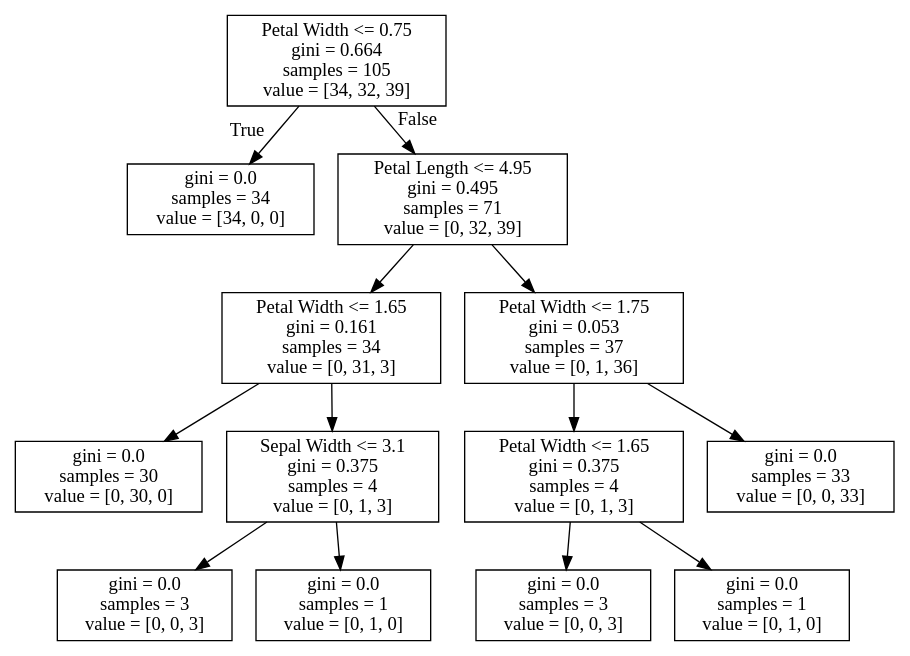
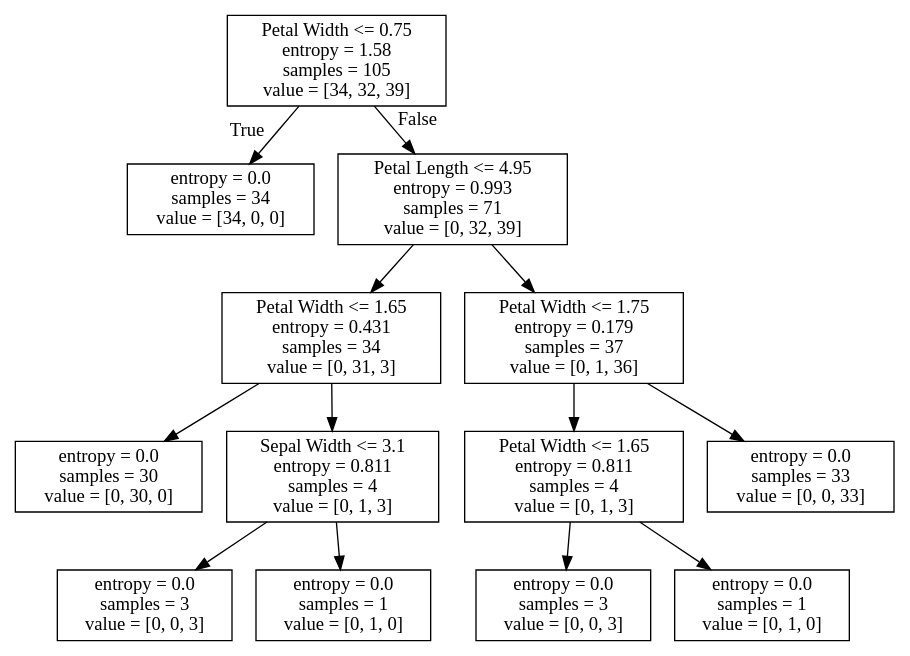
One commit to heeseungp/ccnyMachineLearning changed the diagram in wk7/entropy.dot. Above: the diagram before and after it, drawn with Graphviz. The commit also changed 1 other file, not shown here.

```diff
--- a/wk7/entropy.dot
+++ b/wk7/entropy.dot
@@ -1,28 +1,28 @@
 digraph Tree {
 node [shape=box] ;
-0 [label="Petal Width <= 0.75\ngini = 0.664\nsamples = 105\nvalue = [34, 32, 39]"] ;
-1 [label="gini = 0.0\nsamples = 34\nvalue = [34, 0, 0]"] ;
+0 [label="Petal Width <= 0.75\nentropy = 1.58\nsamples = 105\nvalue = [34, 32, 39]"] ;
+1 [label="entropy = 0.0\nsamples = 34\nvalue = [34, 0, 0]"] ;
 0 -> 1 [labeldistance=2.5, labelangle=45, headlabel="True"] ;
-2 [label="Petal Length <= 4.95\ngini = 0.495\nsamples = 71\nvalue = [0, 32, 39]"] ;
+2 [label="Petal Length <= 4.95\nentropy = 0.993\nsamples = 71\nvalue = [0, 32, 39]"] ;
 0 -> 2 [labeldistance=2.5, labelangle=-45, headlabel="False"] ;
-3 [label="Petal Width <= 1.65\ngini = 0.161\nsamples = 34\nvalue = [0, 31, 3]"] ;
+3 [label="Petal Width <= 1.65\nentropy = 0.431\nsamples = 34\nvalue = [0, 31, 3]"] ;
 2 -> 3 ;
-4 [label="gini = 0.0\nsamples = 30\nvalue = [0, 30, 0]"] ;
+4 [label="entropy = 0.0\nsamples = 30\nvalue = [0, 30, 0]"] ;
 3 -> 4 ;
-5 [label="Sepal Width <= 3.1\ngini = 0.375\nsamples = 4\nvalue = [0, 1, 3]"] ;
+5 [label="Sepal Width <= 3.1\nentropy = 0.811\nsamples = 4\nvalue = [0, 1, 3]"] ;
 3 -> 5 ;
-6 [label="gini = 0.0\nsamples = 3\nvalue = [0, 0, 3]"] ;
+6 [label="entropy = 0.0\nsamples = 3\nvalue = [0, 0, 3]"] ;
 5 -> 6 ;
-7 [label="gini = 0.0\nsamples = 1\nvalue = [0, 1, 0]"] ;
+7 [label="entropy = 0.0\nsamples = 1\nvalue = [0, 1, 0]"] ;
 5 -> 7 ;
-8 [label="Petal Width <= 1.75\ngini = 0.053\nsamples = 37\nvalue = [0, 1, 36]"] ;
+8 [label="Petal Width <= 1.75\nentropy = 0.179\nsamples = 37\nvalue = [0, 1, 36]"] ;
 2 -> 8 ;
-9 [label="Petal Width <= 1.65\ngini = 0.375\nsamples = 4\nvalue = [0, 1, 3]"] ;
+9 [label="Petal Width <= 1.65\nentropy = 0.811\nsamples = 4\nvalue = [0, 1, 3]"] ;
 8 -> 9 ;
-10 [label="gini = 0.0\nsamples = 3\nvalue = [0, 0, 3]"] ;
+10 [label="entropy = 0.0\nsamples = 3\nvalue = [0, 0, 3]"] ;
 9 -> 10 ;
-11 [label="gini = 0.0\nsamples = 1\nvalue = [0, 1, 0]"] ;
+11 [label="entropy = 0.0\nsamples = 1\nvalue = [0, 1, 0]"] ;
 9 -> 11 ;
-12 [label="gini = 0.0\nsamples = 33\nvalue = [0, 0, 33]"] ;
+12 [label="entropy = 0.0\nsamples = 33\nvalue = [0, 0, 33]"] ;
 8 -> 12 ;
 }
```
